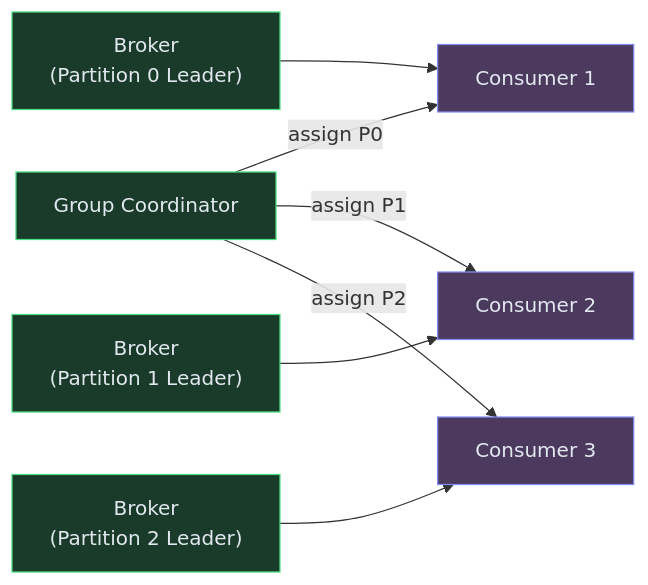
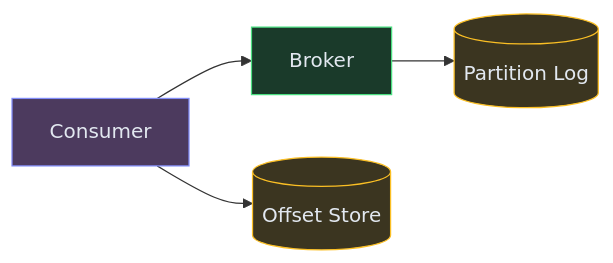
Before and after one commit to iluzn/HLD-Designs: the third of 4 diagrams in content/hld/MessageQueue.md, drawn with Mermaid. The commit also changed other lines of this file and 8 other files, not shown here.

````diff
--- a/content/hld/MessageQueue.md
+++ b/content/hld/MessageQueue.md
@@ -201,20 +118,15 @@
 ```mermaid
 flowchart LR
-    LEADER["Broker<br/>(Partition 0 Leader)"]:::service
-    LEADER2["Broker<br/>(Partition 1 Leader)"]:::service
-    LEADER3["Broker<br/>(Partition 2 Leader)"]:::service
-    C1["Consumer 1"]:::client
-    C2["Consumer 2"]:::client
-    C3["Consumer 3"]:::client
-    COORD["Group Coordinator"]:::service
+    BROKER["Broker"]:::service
+    LOG[("Partition Log")]:::data
+    CONS["Consumer"]:::client
+    OFFSETS[("Offset Store")]:::data
 
-    COORD -->|"assign P0"| C1
-    COORD -->|"assign P1"| C2
-    COORD -->|"assign P2"| C3
-    LEADER --> C1
-    LEADER2 --> C2
-    LEADER3 --> C3
+    CONS --> BROKER
+    BROKER --> LOG
+    CONS --> OFFSETS
 
     classDef client fill:#4c3a5e,stroke:#818cf8,color:#e2e8f0
     classDef service fill:#1a3a2a,stroke:#4ade80,color:#e2e8f0
+    classDef data fill:#3b3520,stroke:#fbbf24,color:#e2e8f0
 ```
````
